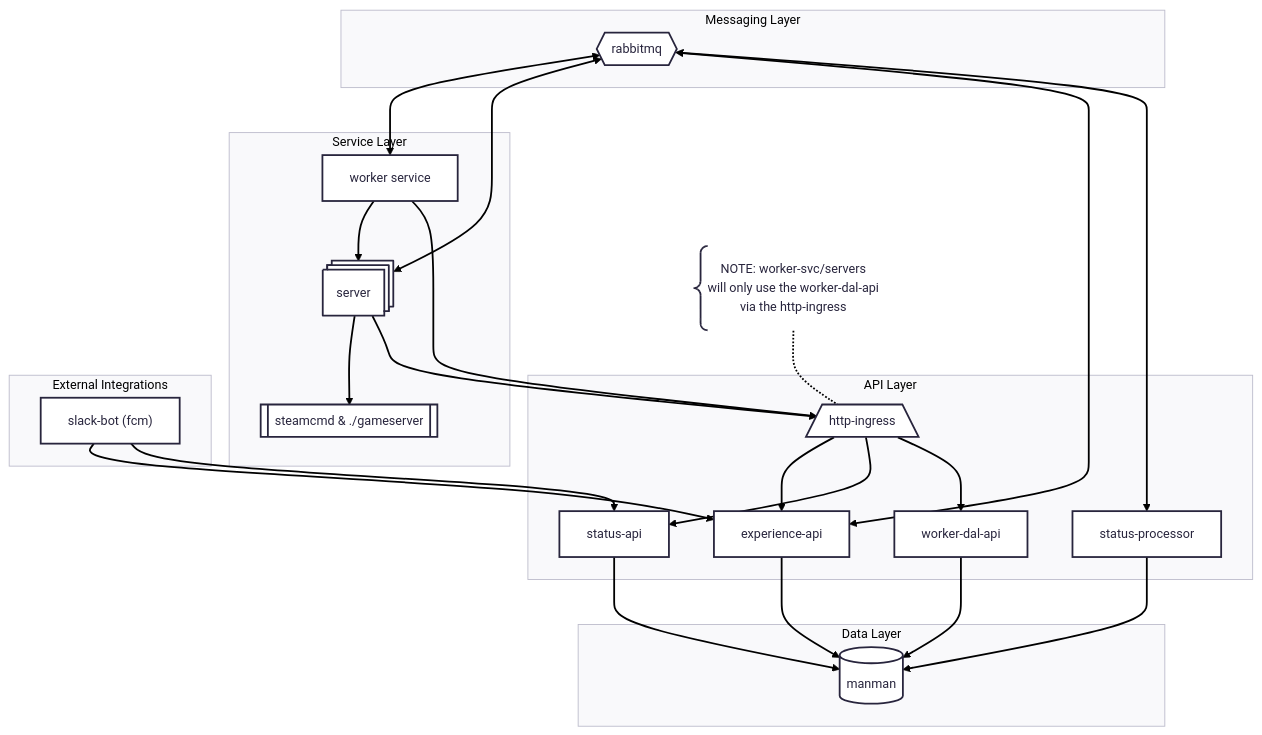
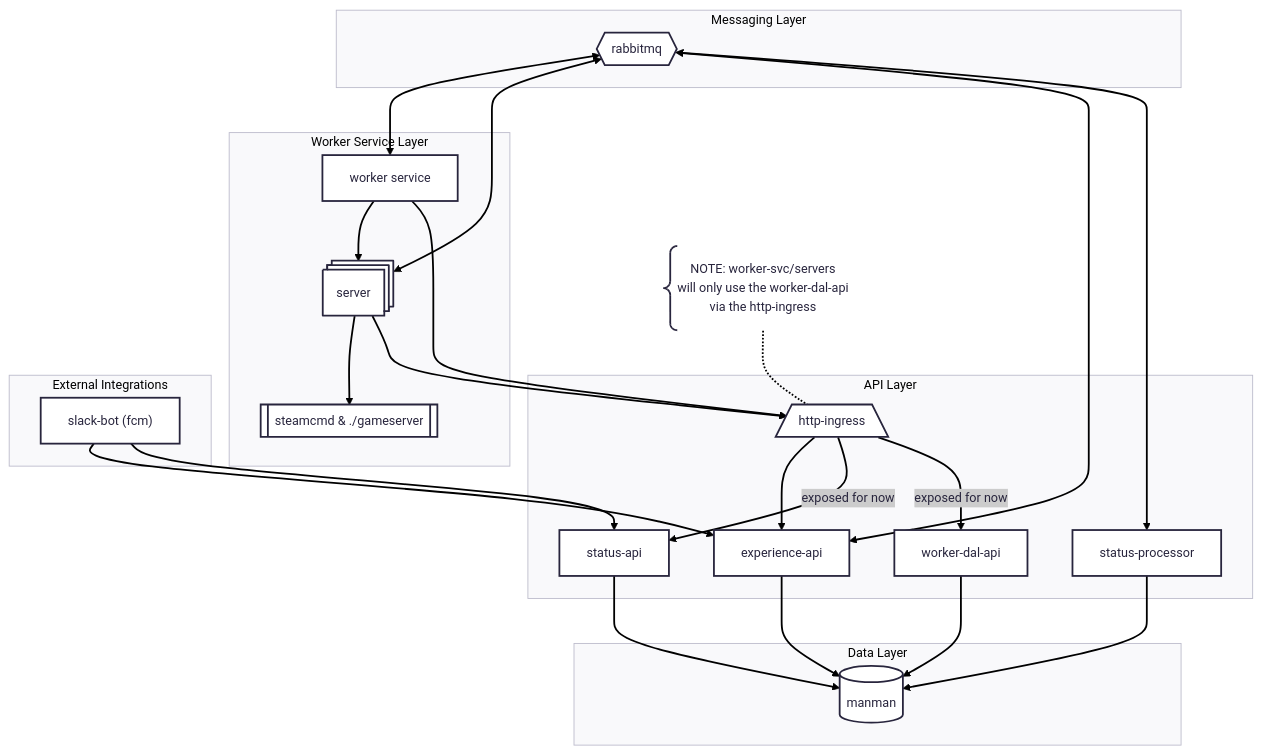
One commit to whale-net/manman changed the diagram in README.md. Above: the diagram before and after it, drawn with Mermaid.

Commit message:
ai updates to README.md

````diff
--- a/README.md
+++ b/README.md
@@ -19,64 +19,64 @@
 ```mermaid
 ---
 config:
   theme: redux
 ---
 graph TD
-    subgraph "Service Layer"
+    subgraph "Worker Service Layer"
         worker-svc["worker service"]
         servers["server"]@{ shape: procs}
         server-subproc["steamcmd & ./gameserver"]@{ shape: subproc }
     end
 
     subgraph "API Layer"
         http-ingress[/"http-ingress"\]
         experience-api["experience-api"]
         worker-dal-api["worker-dal-api"]
         status-api["status-api"]
         status-processor["status-processor"]@{ shape: proc }
     end
 
     subgraph "Data Layer"
         database["manman"]@{ shape: db}
     end
 
     subgraph "Messaging Layer"
         rmq{{"rabbitmq"}}
     end
 
     subgraph "External Integrations"
         slack-bot["slack-bot (fcm)"]
     end
 
     %% Core Worker Flow
     worker-svc --> servers --> server-subproc
 
     %% HTTP Ingress and API interactions
     http-ingress --> experience-api
-    http-ingress --> status-api
-    http-ingress --> worker-dal-api
+    http-ingress -- exposed for now --> status-api
+    http-ingress -- exposed for now --> worker-dal-api
 
     %% Service to Ingress Communication
     worker-svc --> http-ingress
     servers --> http-ingress
 
     %% API to Database Communication
     experience-api --> database
     worker-dal-api --> database
     status-processor --> database
     status-api --> database
 
     %% RabbitMQ Interactions
     rmq <--> worker-svc
     rmq <--> servers
     rmq <--> experience-api
     rmq <--> status-processor
 
     %% Slack Bot Interactions
     slack-bot --> experience-api
     slack-bot --> status-api
 
     %% Comment
     http-ingress-comment["NOTE: worker-svc/servers<br>will only use the worker-dal-api<br>via the http-ingress"]@{ shape: comment }
     http-ingress-comment -.- http-ingress
 ```
````
